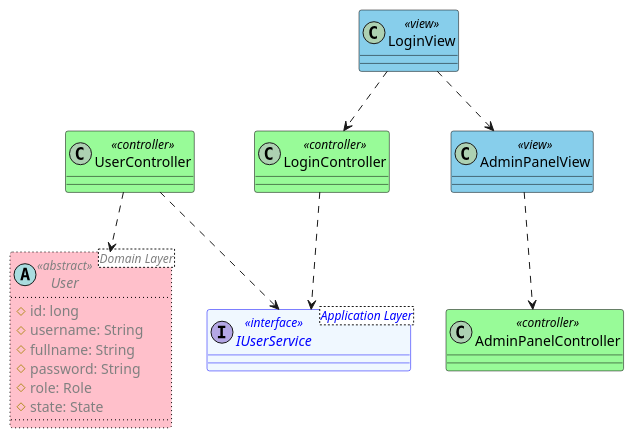
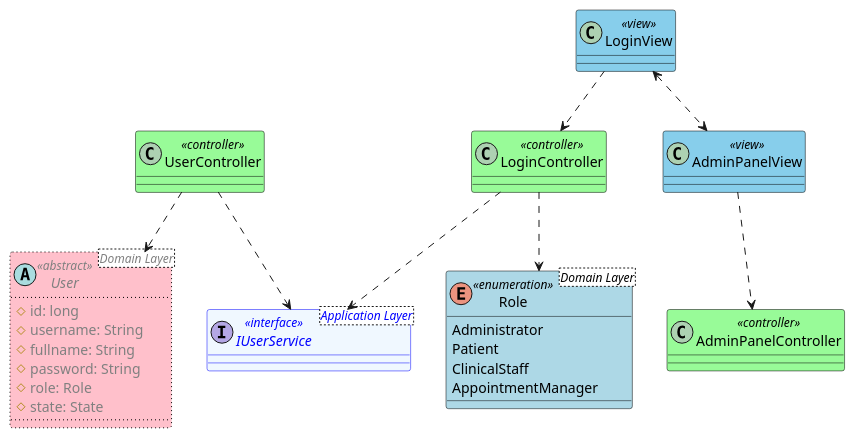
One commit to FernandoMulato/Piedrazul-Medical-Services-Network changed the diagram in 1.Project-with_Monolithic_Architecture/mod_app_piedrazul_medical_services_network/Presentation/dClassPresentation.puml. Above: the diagram before and after it, drawn with PlantUML. The commit also changed 3 other files, not shown here.

```diff
--- a/1.Project-with_Monolithic_Architecture/mod_app_piedrazul_medical_services_network/Presentation/dClassPresentation.puml
+++ b/1.Project-with_Monolithic_Architecture/mod_app_piedrazul_medical_services_network/Presentation/dClassPresentation.puml
@@ -1,40 +1,49 @@
 @startuml PresentationClasses
 
 class UserController <<controller>> #PaleGreen;line:Black;text:Black {
 
 }
 
 class LoginView <<view>> #SkyBlue;line:Black;text:Black {
 
 }
 
 class AdminPanelView <<view>> #SkyBlue;line:Black;text:Black {
 }
 
 class LoginController <<controller>> #PaleGreen;line:Black;text:Black {
 }
 
 class AdminPanelController <<controller>> #PaleGreen;line:Black;text:Black {
 }
 
 ' from domain layer
 abstract User<Domain Layer> <<abstract>> #Pink;line:Black;line.dotted;text:gray {
   # id: long 
   # username: String
   # fullname: String
   # password: String
   # role: Role
   # state: State
 }
 
 ' from application layer
 interface IUserService<Application Layer> <<interface>> #aliceblue;line:blue;text:blue {}
 
+' from domain layer
+enum Role<Domain Layer> <<enumeration>> #LightBlue;line:Black;text:Black {
+  Administrator
+  Patient
+  ClinicalStaff
+  AppointmentManager
+}
+
 UserController ..> User
 UserController ..> IUserService
 LoginView ..> LoginController
-LoginView ..> AdminPanelView
+LoginView <..> AdminPanelView
 AdminPanelView ..> AdminPanelController
 LoginController ..> IUserService
+LoginController ..> Role
 
 @enduml
```
